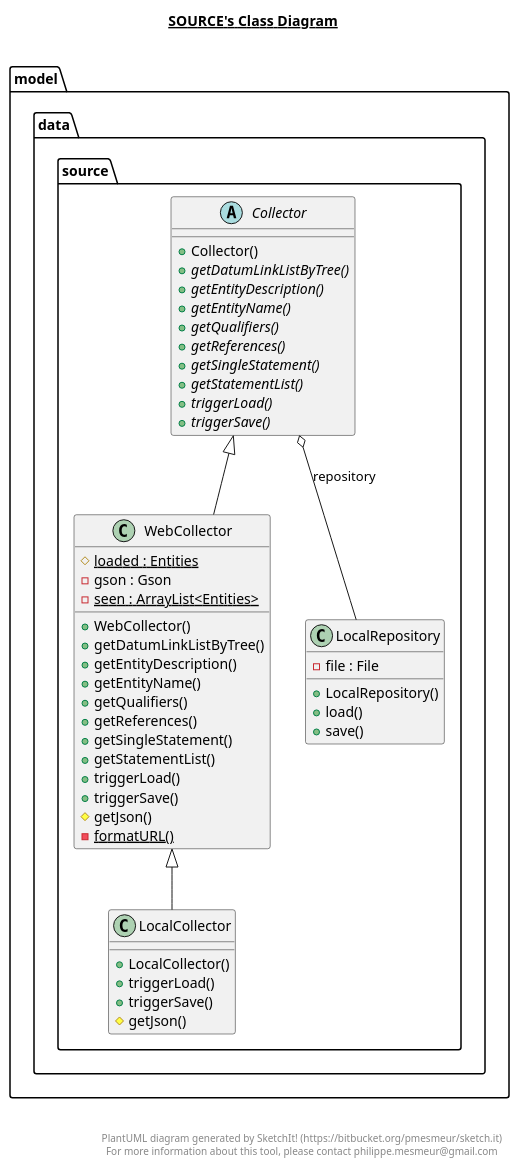
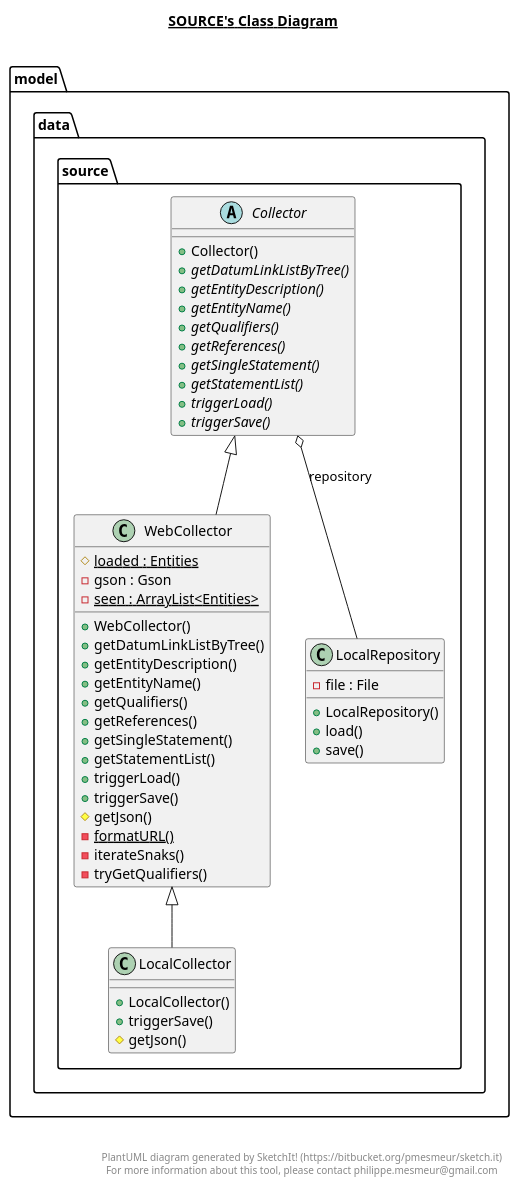
The diagram in src/main/model/data/source/source.plantuml (Bryce-MW/WikidataExplorer), drawn with PlantUML before and after one commit. The commit also changed 28 other files, not shown here.

Commit message:
Tested about as much as can reasonably be done without a lot of reflection. I've also updated diagrams, added an image diagram to the top level and a screenshot of my original UI design to the top level.

```diff
--- a/src/main/model/data/source/source.plantuml
+++ b/src/main/model/data/source/source.plantuml
@@ -1,82 +1,83 @@
 @startuml
 
 title __SOURCE's Class Diagram__\n
 
   namespace model.data {
     namespace source {
       abstract class model.data.source.Collector {
           + Collector()
           {abstract} + getDatumLinkListByTree()
           {abstract} + getEntityDescription()
           {abstract} + getEntityName()
           {abstract} + getQualifiers()
           {abstract} + getReferences()
           {abstract} + getSingleStatement()
           {abstract} + getStatementList()
           {abstract} + triggerLoad()
           {abstract} + triggerSave()
       }
     }
   }
   
 
   namespace model.data {
     namespace source {
       class model.data.source.LocalCollector {
           + LocalCollector()
-          + triggerLoad()
           + triggerSave()
           # getJson()
       }
     }
   }
   
 
   namespace model.data {
     namespace source {
       class model.data.source.LocalRepository {
           - file : File
           + LocalRepository()
           + load()
           + save()
       }
     }
   }
   
 
   namespace model.data {
     namespace source {
       class model.data.source.WebCollector {
           {static} # loaded : Entities
           - gson : Gson
           {static} - seen : ArrayList<Entities>
           + WebCollector()
           + getDatumLinkListByTree()
           + getEntityDescription()
           + getEntityName()
           + getQualifiers()
           + getReferences()
           + getSingleStatement()
           + getStatementList()
           + triggerLoad()
           + triggerSave()
           # getJson()
           {static} - formatURL()
+          - iterateSnaks()
+          - tryGetQualifiers()
       }
     }
   }
   
 
   model.data.source.Collector o-- model.data.source.LocalRepository : repository
   model.data.source.LocalCollector -up-|> model.data.source.WebCollector
   model.data.source.WebCollector -up-|> model.data.source.Collector
 
 
 right footer
 
 
 PlantUML diagram generated by SketchIt! (https://bitbucket.org/pmesmeur/sketch.it)
 For more information about this tool, please contact philippe.mesmeur@gmail.com
 endfooter
 
 @enduml
```
